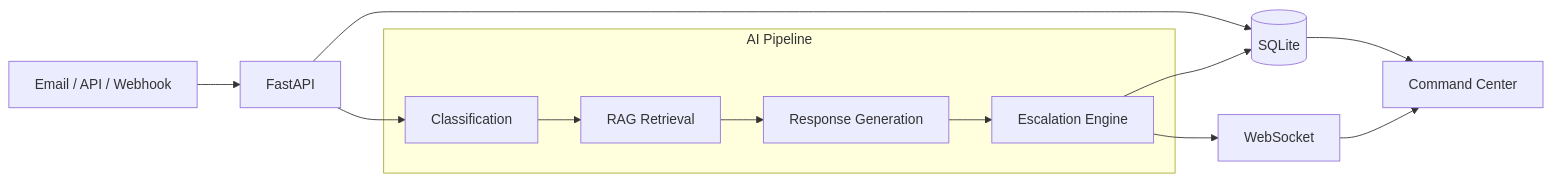
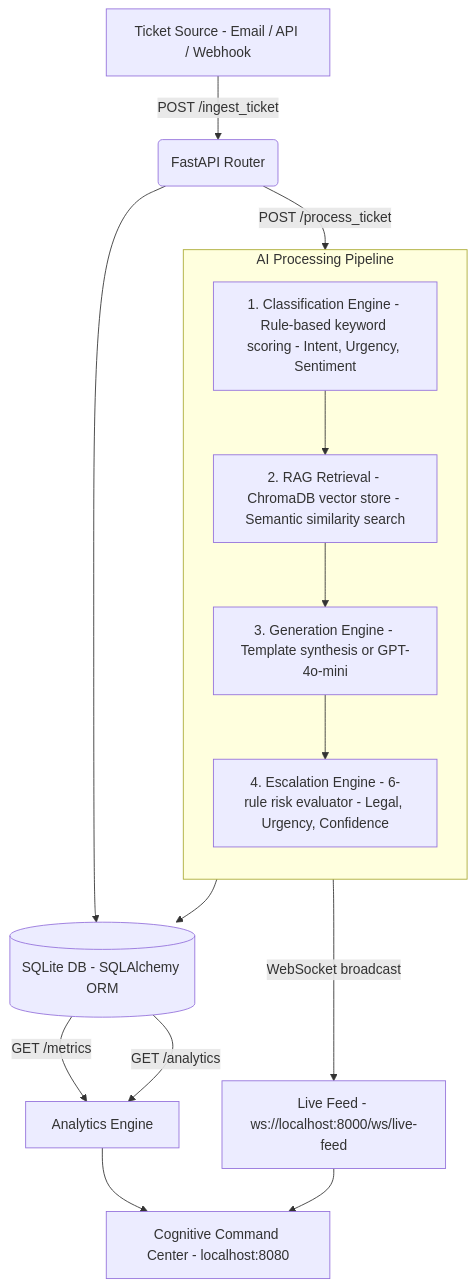
One commit to Algo-Vision404/pro_3 changed the first of 5 diagrams in README.md. Above: the diagram before and after it, drawn with Mermaid. The commit also changed other lines of this file, not shown here.

````diff
--- a/README.md
+++ b/README.md
@@ -36,27 +36,22 @@
 ```mermaid
-flowchart LR
+flowchart TD
+    A["Ticket Source - Email / API / Webhook"] -->|POST /ingest_ticket| B(FastAPI Router)
+    B --> DB[("SQLite DB - SQLAlchemy ORM")]
+    B -->|POST /process_ticket| C{AI Pipeline}
 
-A[Email / API / Webhook]
-B[FastAPI]
-DB[(SQLite)]
-WS[WebSocket]
-UI[Command Center]
+    subgraph C [AI Processing Pipeline]
+        direction TB
+        C1["1. Classification Engine - Rule-based keyword scoring - Intent, Urgency, Sentiment"]
+        C2["2. RAG Retrieval - ChromaDB vector store - Semantic similarity search"]
+        C3["3. Generation Engine - Template synthesis or GPT-4o-mini"]
+        C4["4. Escalation Engine - 6-rule risk evaluator - Legal, Urgency, Confidence"]
+        C1 --> C2 --> C3 --> C4
+    end
 
-subgraph AI["AI Pipeline"]
-C1[Classification]
-C2[RAG Retrieval]
-C3[Response Generation]
-C4[Escalation Engine]
-end
-
-A --> B
-B --> DB
-B --> C1
-C1 --> C2
-C2 --> C3
-C3 --> C4
-C4 --> DB
-C4 --> WS
-DB --> UI
-WS --> UI
+    C --> DB
+    C -->|WebSocket broadcast| WS["Live Feed - ws://localhost:8000/ws/live-feed"]
+    DB -->|GET /metrics| METRICS[Analytics Engine]
+    DB -->|GET /analytics| METRICS
+    WS --> UI["Cognitive Command Center - localhost:8080"]
+    METRICS --> UI
 ```
````
